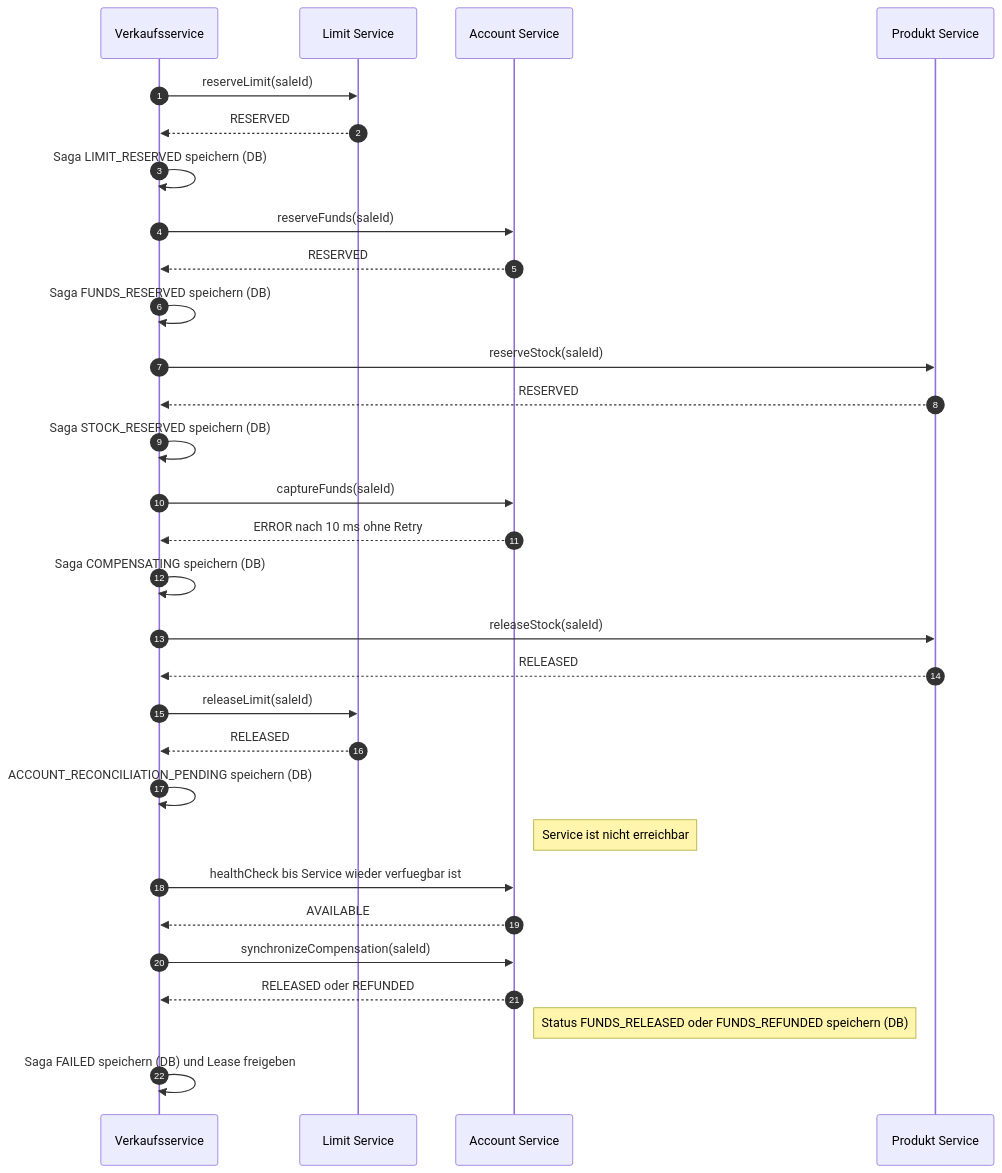
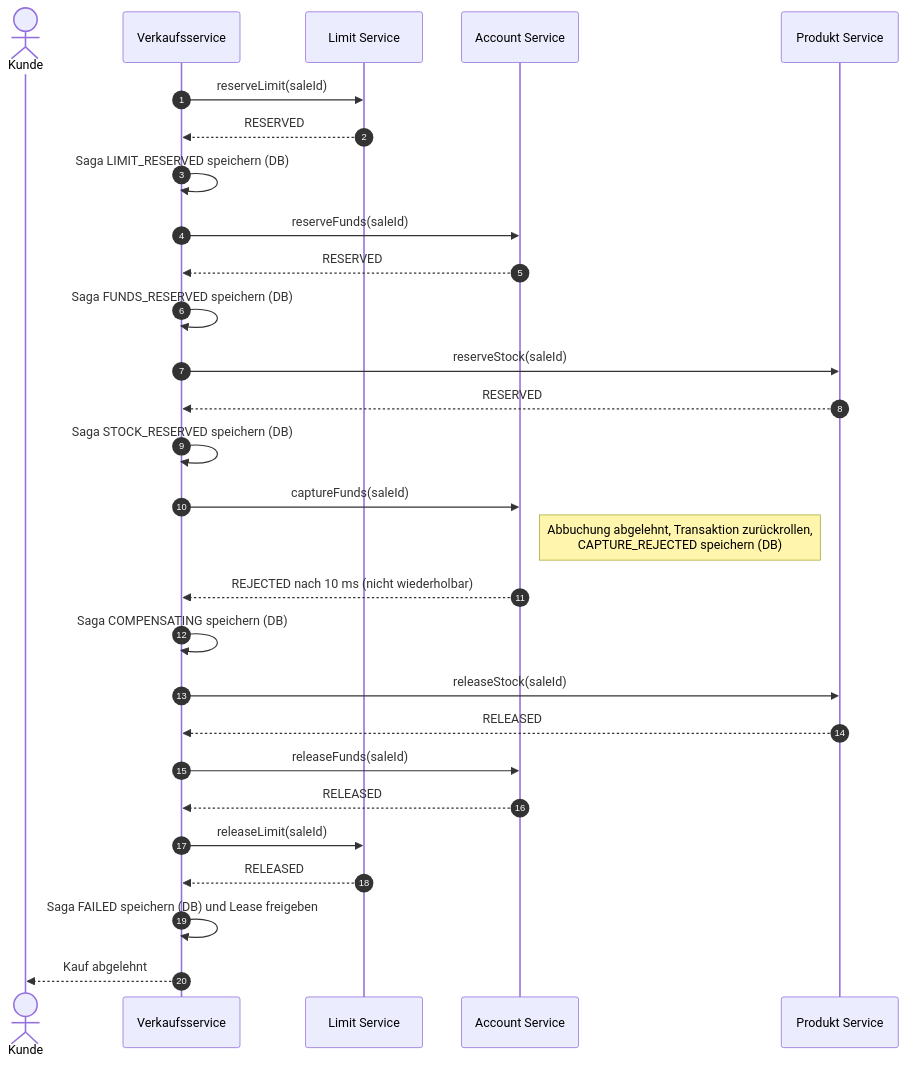
The sixth of 30 diagrams in project-2/abgabe_projekt_2.md (Adrian-Hansen-dev/second-hand-ticket-app), drawn with Mermaid before and after one commit. The commit also changed other lines of this file, not shown here.

````diff
--- a/project-2/abgabe_projekt_2.md
+++ b/project-2/abgabe_projekt_2.md
@@ -277,34 +279,32 @@
 ```mermaid
 sequenceDiagram
     autonumber
+    actor Kunde
     participant VS as Verkaufsservice
     participant LS as Limit Service
     participant AS as Account Service
     participant PS as Produkt Service
 
     VS->>LS: reserveLimit(saleId)
     LS-->>VS: RESERVED
     VS->>VS: Saga LIMIT_RESERVED speichern (DB)
     VS->>AS: reserveFunds(saleId)
     AS-->>VS: RESERVED
     VS->>VS: Saga FUNDS_RESERVED speichern (DB)
     VS->>PS: reserveStock(saleId)
     PS-->>VS: RESERVED
     VS->>VS: Saga STOCK_RESERVED speichern (DB)
 
     VS->>AS: captureFunds(saleId)
-    AS-->>VS: ERROR nach 10 ms ohne Retry
+    Note right of AS: Abbuchung abgelehnt, Transaktion zurückrollen,<br/>CAPTURE_REJECTED speichern (DB)
+    AS-->>VS: REJECTED nach 10 ms (nicht wiederholbar)
     VS->>VS: Saga COMPENSATING speichern (DB)
     VS->>PS: releaseStock(saleId)
     PS-->>VS: RELEASED
+    VS->>AS: releaseFunds(saleId)
+    AS-->>VS: RELEASED
     VS->>LS: releaseLimit(saleId)
     LS-->>VS: RELEASED
-    VS->>VS: ACCOUNT_RECONCILIATION_PENDING speichern (DB)
-    Note right of AS: Service ist nicht erreichbar
-    VS->>AS: healthCheck bis Service wieder verfuegbar ist
-    AS-->>VS: AVAILABLE
-    VS->>AS: synchronizeCompensation(saleId)
-    AS-->>VS: RELEASED oder REFUNDED
-    Note right of AS: Status FUNDS_RELEASED oder FUNDS_REFUNDED speichern (DB)
     VS->>VS: Saga FAILED speichern (DB) und Lease freigeben
+    VS-->>Kunde: Kauf abgelehnt
 ```
````
